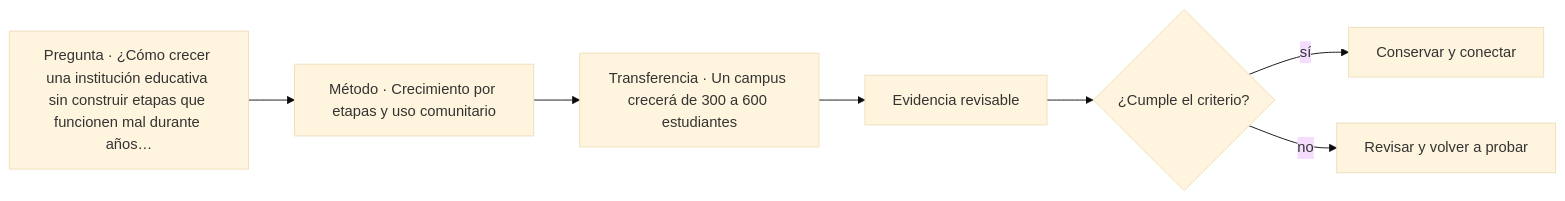
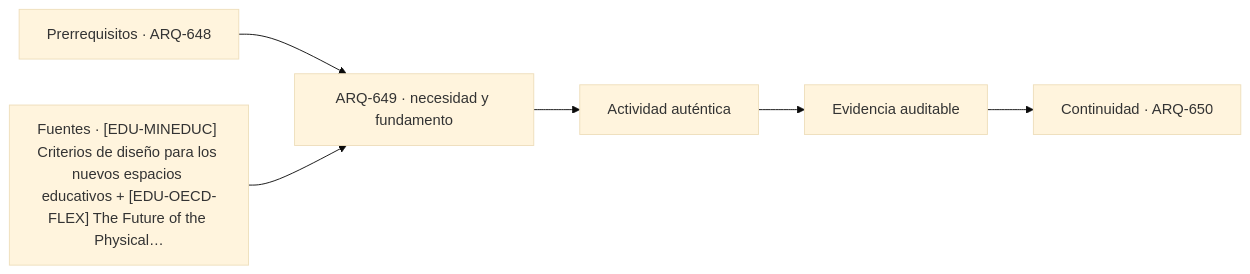
One commit to vladimiracunadev-create/architecture-built-environment-learning-program changed the diagram in classes/parte-65/ARQ-649.md. Above: the diagram before and after it, drawn with Mermaid (base theme). The commit also changed other lines of this file and 761 other files, not shown here.

````diff
--- a/classes/parte-65/ARQ-649.md
+++ b/classes/parte-65/ARQ-649.md
@@ -66,9 +78,8 @@
 ```mermaid
 flowchart LR
-    Q["Pregunta · ¿Cómo crecer una institución educativa sin construir etapas que funcionen mal durante años…"] --> M["Método · Crecimiento por etapas y uso comunitario"]
-    M --> P["Transferencia · Un campus crecerá de 300 a 600 estudiantes"]
-    P --> E["Evidencia revisable"]
-    E --> C{"¿Cumple el criterio?"}
-    C -->|sí| T["Conservar y conectar"]
-    C -->|no| R["Revisar y volver a probar"]
+    A["Prerrequisitos · ARQ-648"] --> B["ARQ-649 · necesidad y fundamento"]
+    S["Fuentes · [EDU-MINEDUC] Criterios de diseño para los nuevos espacios educativos + [EDU-OECD-FLEX] The Future of the Physical…"] --> B
+    B --> C["Actividad auténtica"]
+    C --> D["Evidencia auditable"]
+    D --> E["Continuidad · ARQ-650"]
 ```
````
